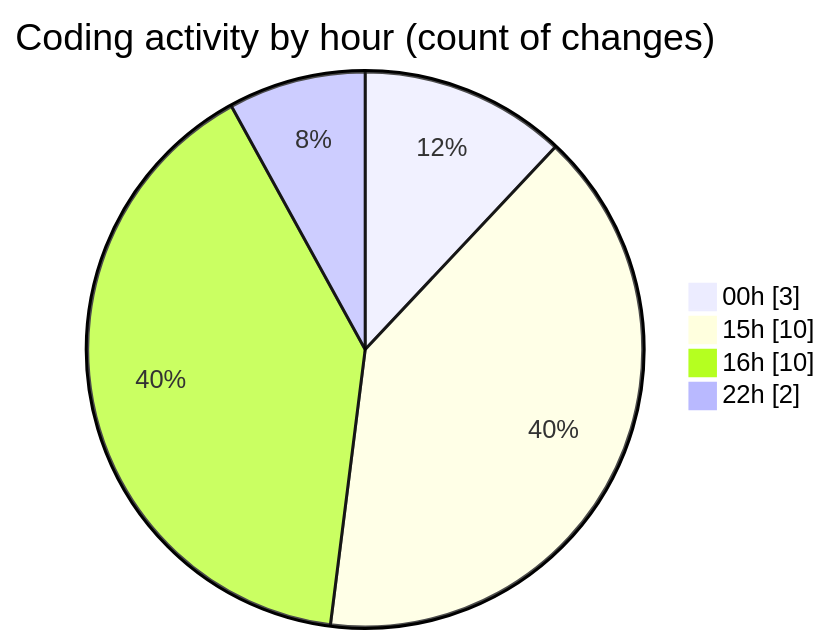
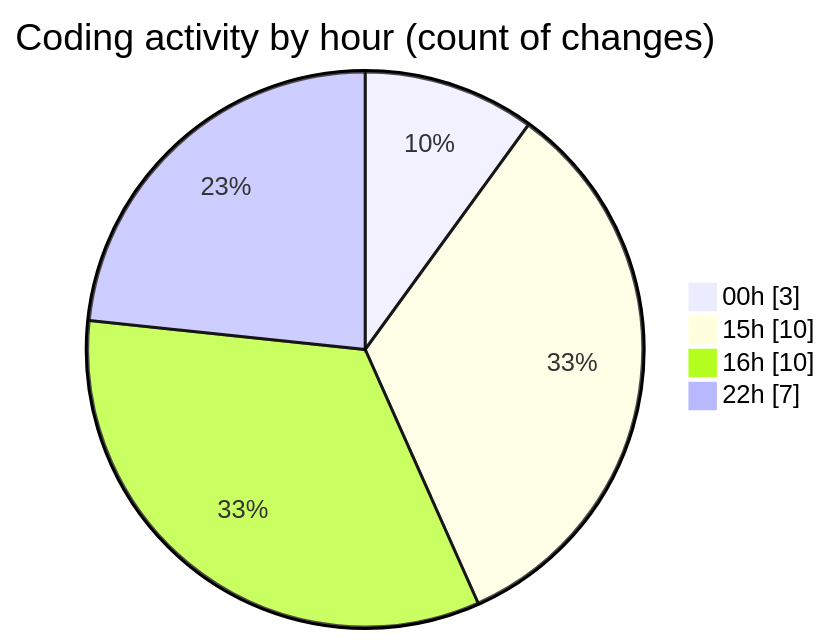
Before and after one commit to idhammustaqopulfikri/code-tracking: the second of 2 diagrams in 2025-03-30/autodidak/README.md, drawn with Mermaid. The commit also changed other lines of this file and 1 other file, not shown here.

````diff
--- a/2025-03-30/autodidak/README.md
+++ b/2025-03-30/autodidak/README.md
@@ -35,8 +35,8 @@
 ```mermaid
 pie showData
 title Coding activity by hour (count of changes)
 "00h" : 3
 "15h" : 10
 "16h" : 10
-"22h" : 2
+"22h" : 7
 ```
````
